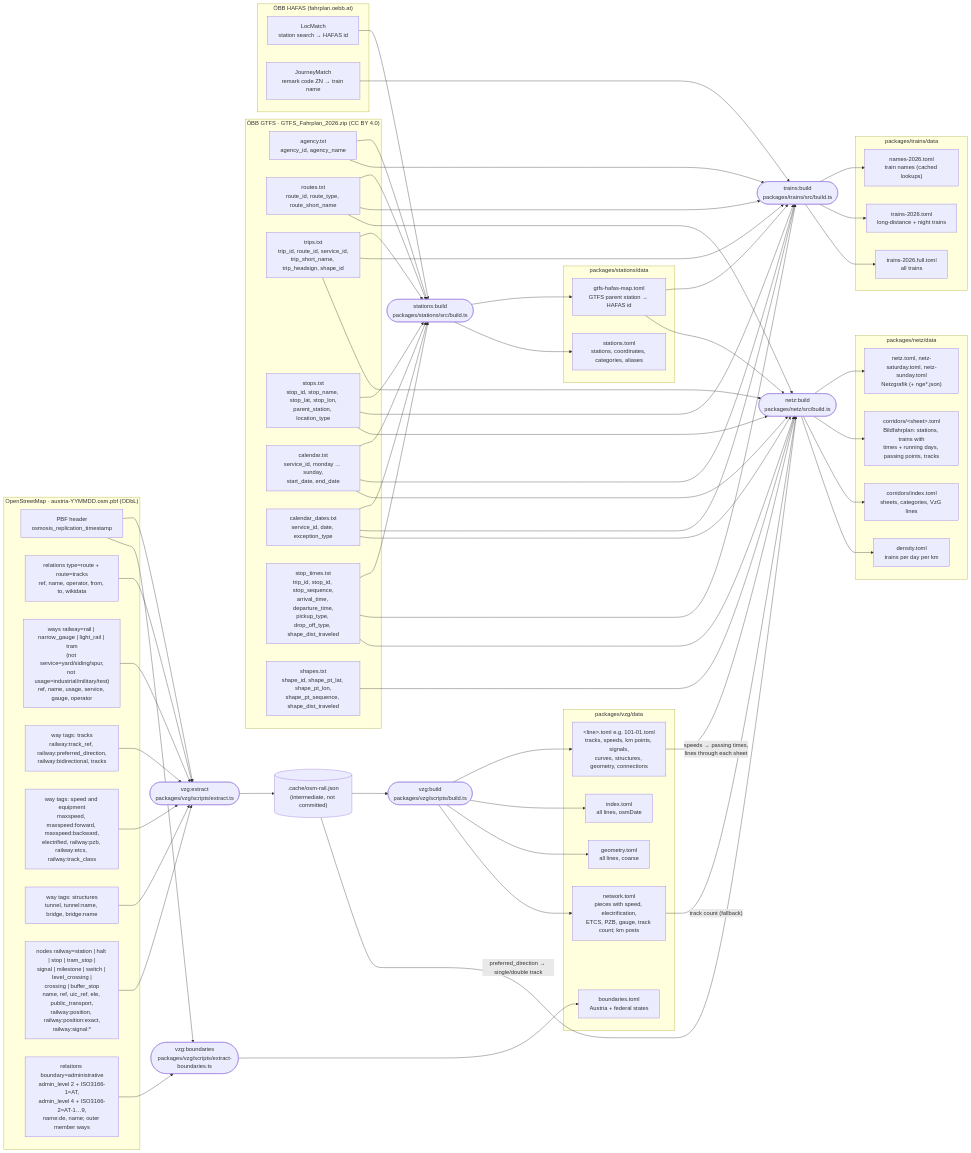
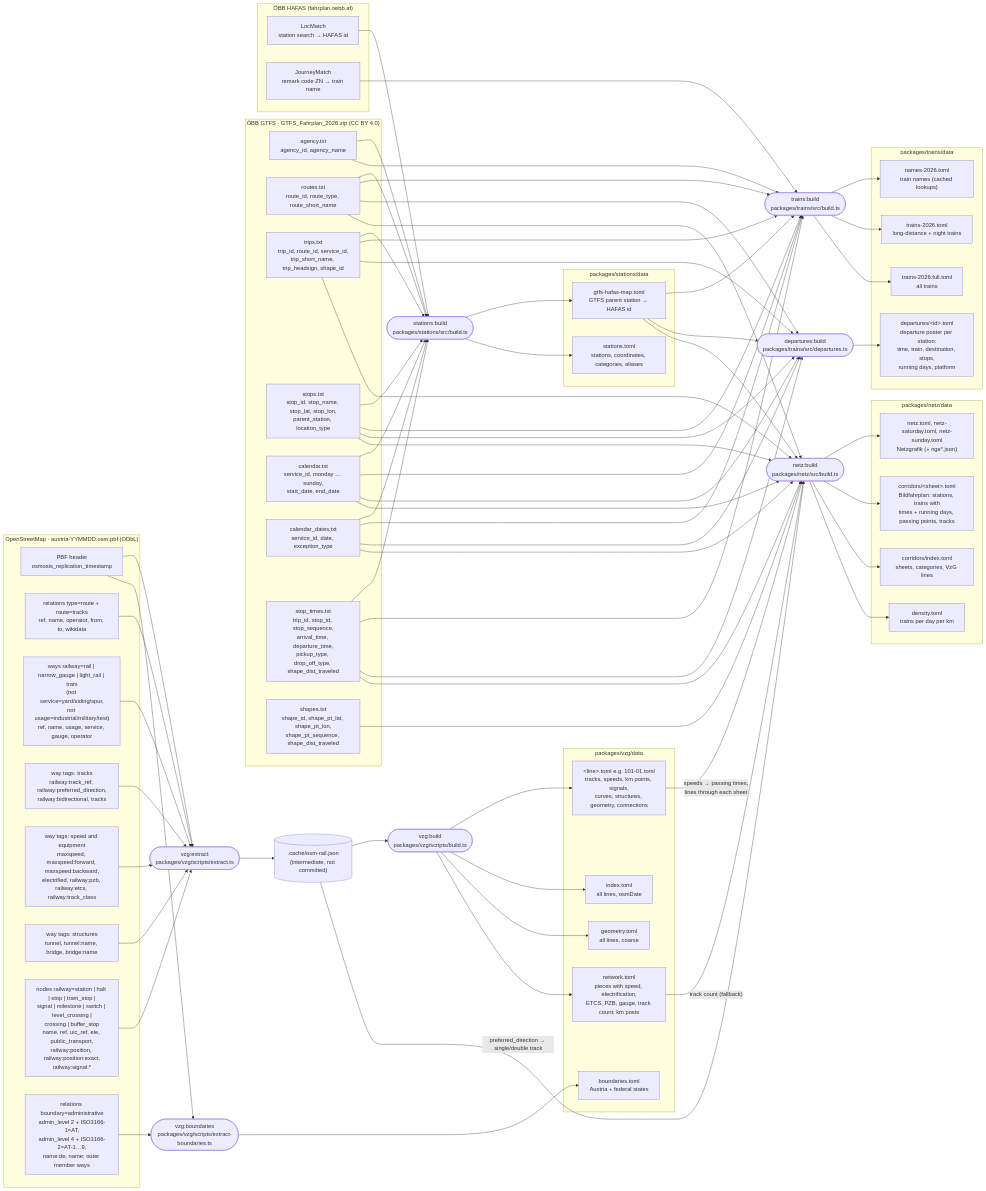
Before and after one commit to bot2904/zugx: the diagram in docs/data-flow.md, drawn with Mermaid. The commit also changed other lines of this file and 5 other files, not shown here.

Commit message:
departures:build — every rail departure of the timetable year per station from the GTFS (time, train, destination, following stops, running days, platform), one file per station

```diff
--- a/docs/data-flow.md
+++ b/docs/data-flow.md
@@ -37,6 +37,7 @@
   %% ---------------- scripts ----------------
   sb(["stations:build<br/>packages/stations/src/build.ts"])
   tb(["trains:build<br/>packages/trains/src/build.ts"])
+  db(["departures:build<br/>packages/trains/src/departures.ts"])
   vx(["vzg:extract<br/>packages/vzg/scripts/extract.ts"])
   vb(["vzg:build<br/>packages/vzg/scripts/build.ts"])
   vbd(["vzg:boundaries<br/>packages/vzg/scripts/extract-boundaries.ts"])
@@ -52,6 +53,7 @@
     names["names-2026.toml<br/>train names (cached lookups)"]
     trainsToml["trains-2026.toml<br/>long-distance + night trains"]
     trainsFull["trains-2026.full.toml<br/>all trains"]
+    depToml["departures/&lt;id&gt;.toml<br/>departure poster per station:<br/>time, train, destination, stops,<br/>running days, platform"]
   end
   subgraph OUT_VZG["packages/vzg/data"]
     lineToml["&lt;line&gt;.toml e.g. 101-01.toml<br/>tracks, speeds, km points, signals,<br/>curves, structures, geometry, connections"]
@@ -75,6 +77,9 @@
   map --> tb
   jmatch --> tb
   tb --> names & trainsToml & trainsFull
+  routes & trips & stops & calendar & caldates & stoptimes --> db
+  map --> db
+  db --> depToml
   routes & trips & stops & calendar & caldates & stoptimes & shapes --> nb
   map --> nb
 
```
